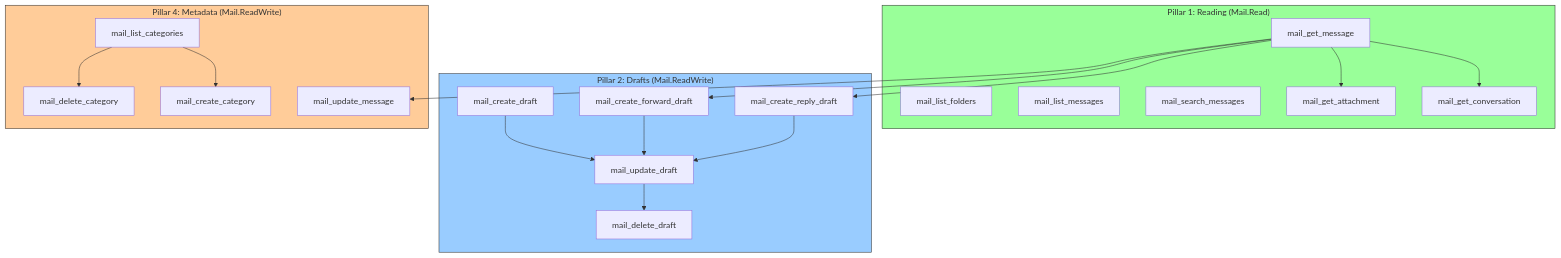
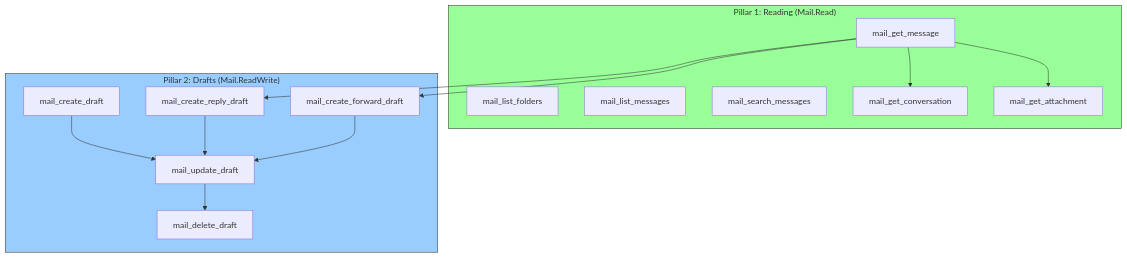
One commit to desek/outlook-local-mcp changed the second of 3 diagrams in docs/cr/CR-0058-complete-mail-management.md. Above: the diagram before and after it, drawn with Mermaid. The commit also changed other lines of this file and 41 other files, not shown here.

````diff
--- a/docs/cr/CR-0058-complete-mail-management.md
+++ b/docs/cr/CR-0058-complete-mail-management.md
@@ -182,40 +131,30 @@
 ```mermaid
 flowchart TB
     subgraph Read["Pillar 1: Reading (Mail.Read)"]
         LF[mail_list_folders]
         LM[mail_list_messages]
         SM[mail_search_messages]
         GM[mail_get_message]
         GC[mail_get_conversation]
         GA[mail_get_attachment]
     end
     subgraph Draft["Pillar 2: Drafts (Mail.ReadWrite)"]
         CD[mail_create_draft]
         CRD[mail_create_reply_draft]
         CFD[mail_create_forward_draft]
         UD[mail_update_draft]
         DD[mail_delete_draft]
     end
-    subgraph Meta["Pillar 4: Metadata (Mail.ReadWrite)"]
-        UM[mail_update_message]
-        LC[mail_list_categories]
-        CC[mail_create_category]
-        DC[mail_delete_category]
-    end
 
     GM --> GC
     GM --> GA
     GM --> CRD
     GM --> CFD
-    GM --> UM
     CD --> UD
     CRD --> UD
     CFD --> UD
     UD --> DD
-    LC --> CC
-    LC --> DC
 
     style Read fill:#9f9,stroke:#333
     style Draft fill:#9cf,stroke:#333
-    style Meta fill:#fc9,stroke:#333
 ```
````
